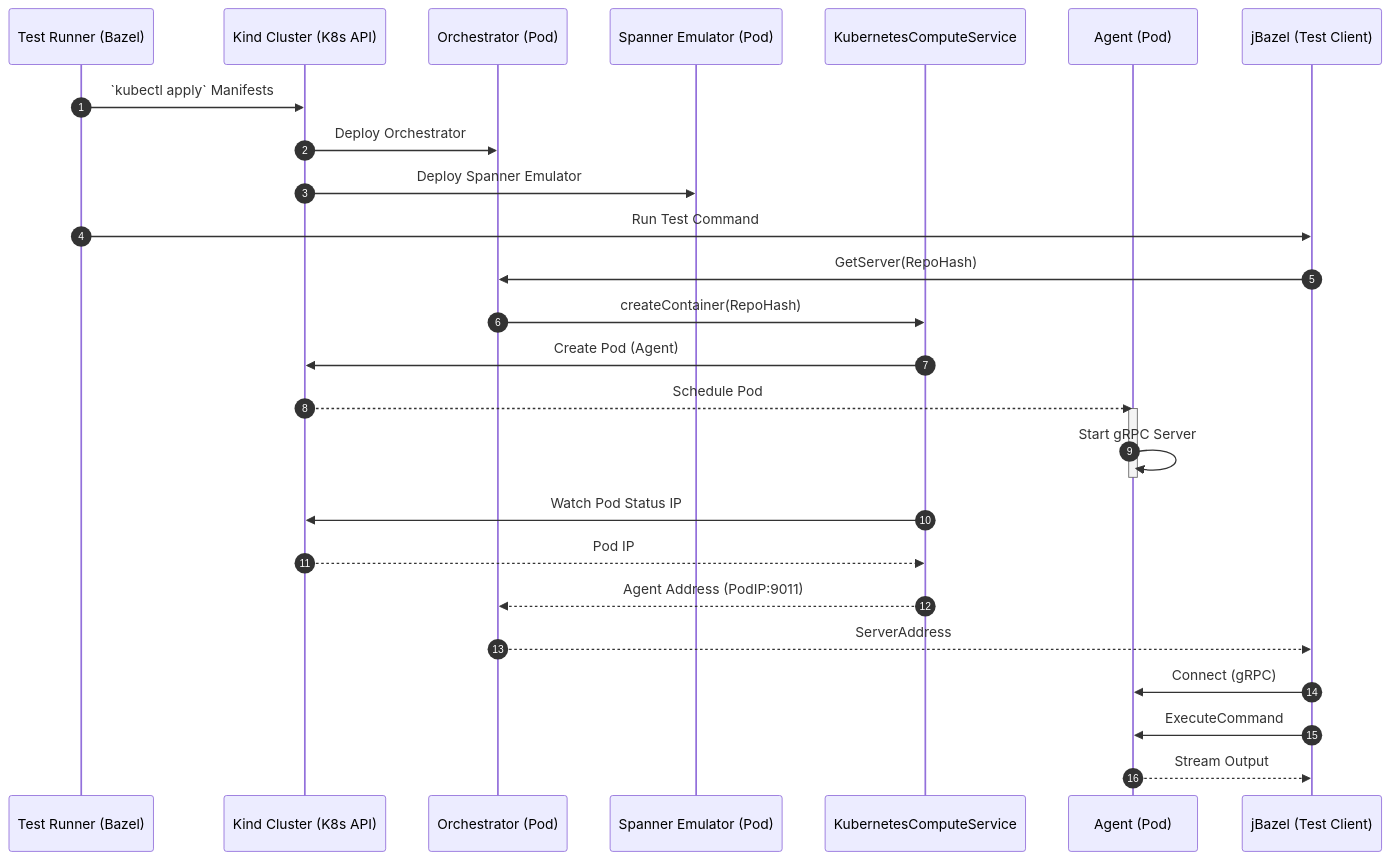
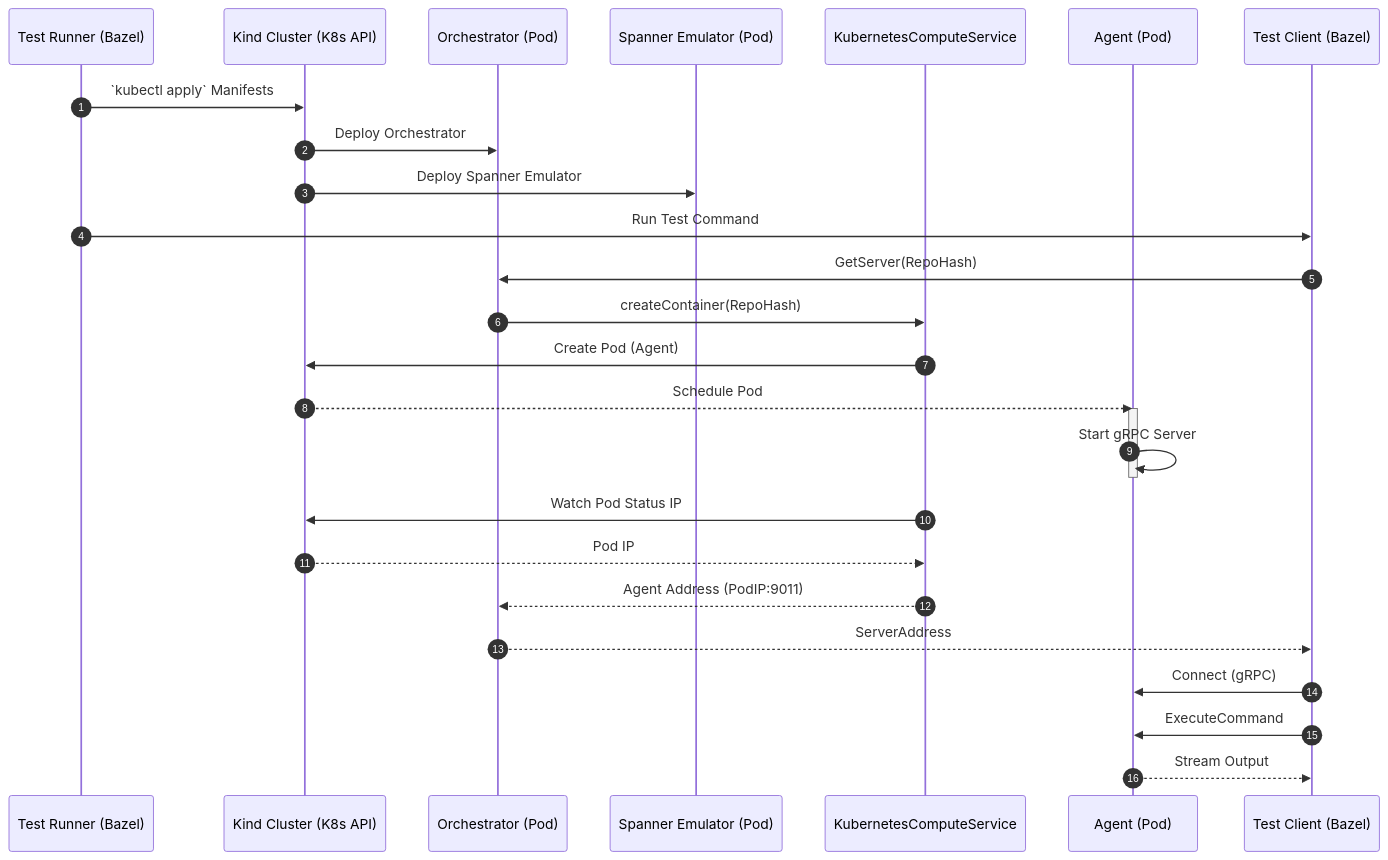
The second of 2 diagrams in docs/test_architecture.md (JonathanPerry651/remote-build-server), drawn with Mermaid before and after one commit. The commit also changed other lines of this file and 18 other files, not shown here.

````diff
--- a/docs/test_architecture.md
+++ b/docs/test_architecture.md
@@ -51,32 +51,32 @@
 ```mermaid
 sequenceDiagram
     autonumber
     participant T as Test Runner (Bazel)
     participant K as Kind Cluster (K8s API)
     participant O as Orchestrator (Pod)
     participant S as Spanner Emulator (Pod)
     participant K8 as KubernetesComputeService
     participant A as Agent (Pod)
-    participant J as jBazel (Test Client)
+    participant C as Test Client (Bazel)
 
     T->>K: `kubectl apply` Manifests
     K->>O: Deploy Orchestrator
     K->>S: Deploy Spanner Emulator
     
-    T->>J: Run Test Command
-    J->>O: GetServer(RepoHash)
+    T->>C: Run Test Command
+    C->>O: GetServer(RepoHash)
     O->>K8: createContainer(RepoHash)
     K8->>K: Create Pod (Agent)
     K-->>A: Schedule Pod
     activate A
     A->>A: Start gRPC Server
     deactivate A
     K8->>K: Watch Pod Status IP
     K-->>K8: Pod IP
     K8-->>O: Agent Address (PodIP:9011)
-    O-->>J: ServerAddress
+    O-->>C: ServerAddress
     
-    J->>A: Connect (gRPC)
-    J->>A: ExecuteCommand
-    A-->>J: Stream Output
+    C->>A: Connect (gRPC)
+    C->>A: ExecuteCommand
+    A-->>C: Stream Output
 ```
````
